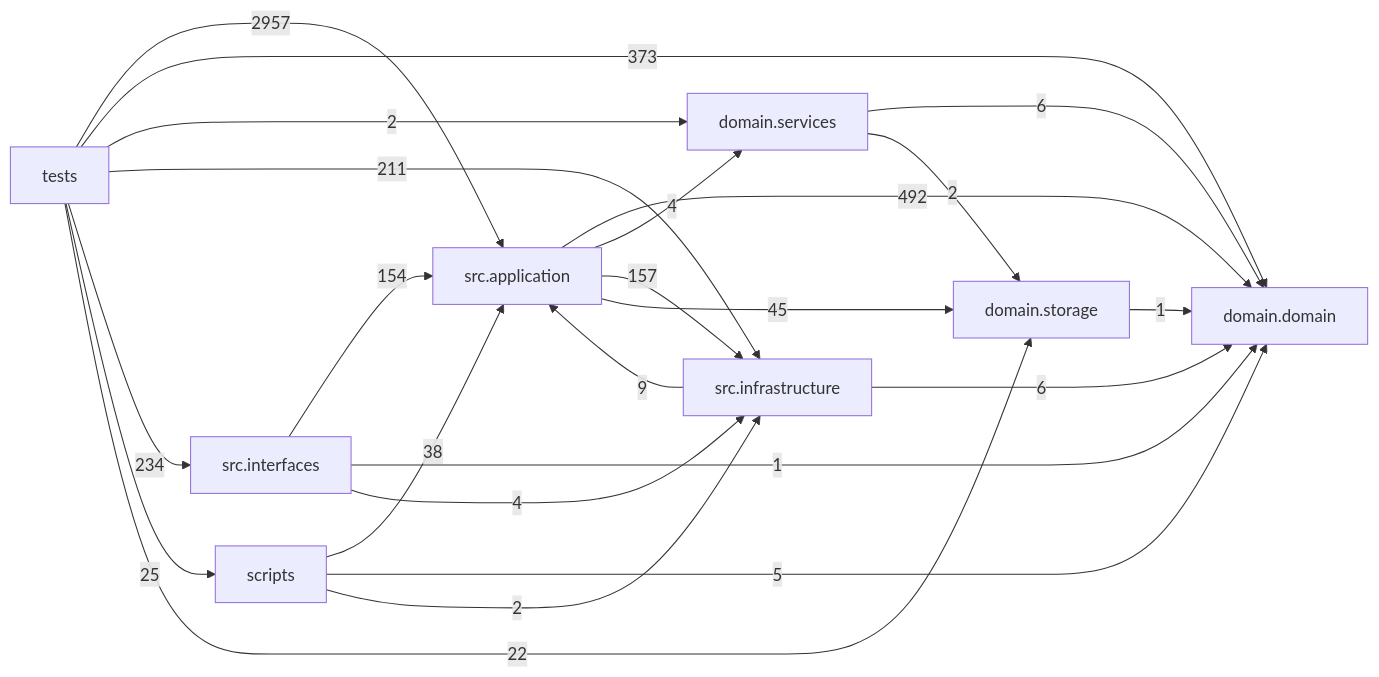
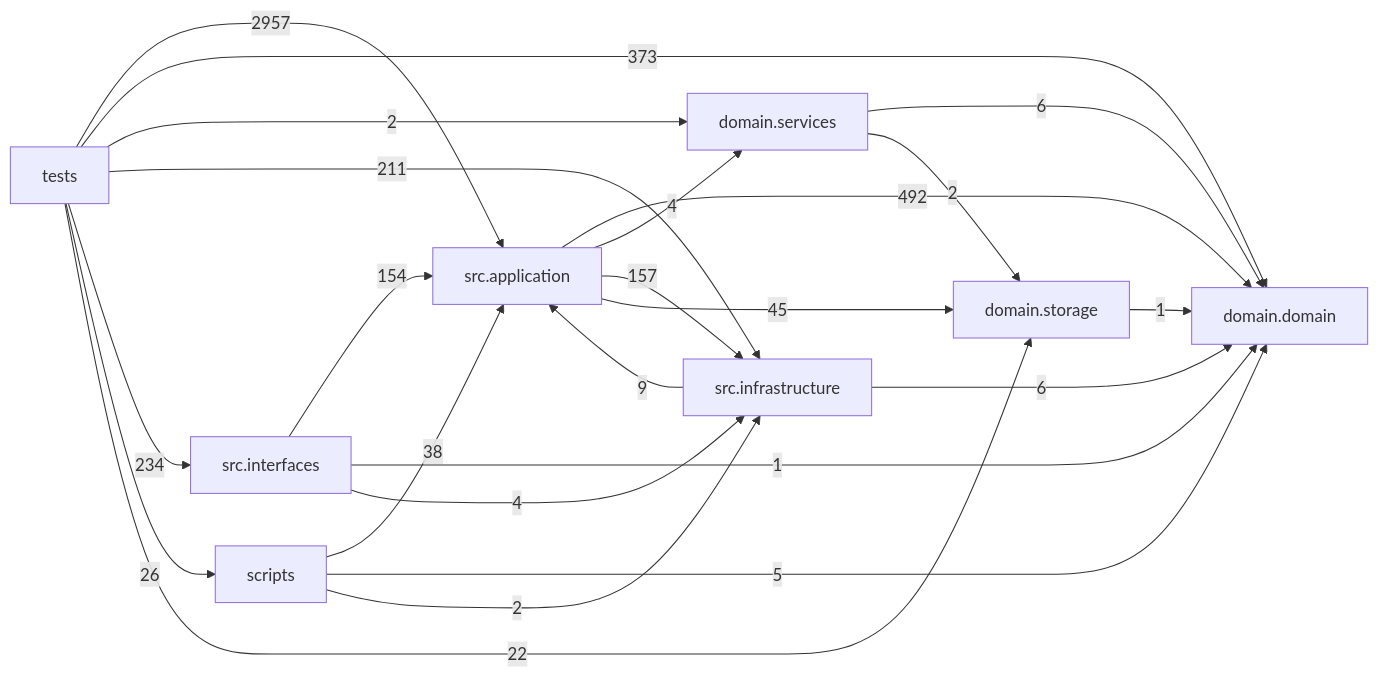
The diagram in docs/DEPENDENCY_GRAPH.md (liuxie066/options-monitor), drawn with Mermaid before and after one commit. The commit also changed other lines of this file and 4 other files, not shown here.

````diff
--- a/docs/DEPENDENCY_GRAPH.md
+++ b/docs/DEPENDENCY_GRAPH.md
@@ -24,33 +24,33 @@
 ```mermaid
 flowchart LR
   tests["tests"]
   scripts["scripts"]
   interfaces["src.interfaces"]
   application["src.application"]
   infrastructure["src.infrastructure"]
   domain_services["domain.services"]
   domain["domain.domain"]
   storage["domain.storage"]
   application -->|492| domain
   application -->|4| domain_services
   application -->|157| infrastructure
   application -->|45| storage
   domain_services -->|6| domain
   domain_services -->|2| storage
   infrastructure -->|9| application
   infrastructure -->|6| domain
   interfaces -->|154| application
   interfaces -->|1| domain
   interfaces -->|4| infrastructure
   scripts -->|38| application
   scripts -->|5| domain
   scripts -->|2| infrastructure
   storage -->|1| domain
   tests -->|2957| application
   tests -->|373| domain
   tests -->|2| domain_services
   tests -->|211| infrastructure
   tests -->|234| interfaces
-  tests -->|25| scripts
+  tests -->|26| scripts
   tests -->|22| storage
 ```
````
